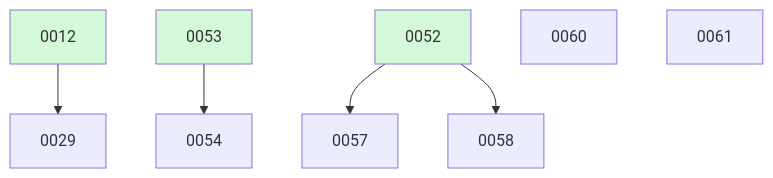
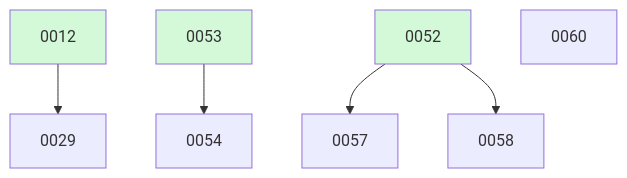
The diagram in docs/changes/BOARD.md (ethanhinson/fuse), drawn with Mermaid before and after one commit. The commit also changed other lines of this file, not shown here.

````diff
--- a/docs/changes/BOARD.md
+++ b/docs/changes/BOARD.md
@@ -26,13 +20,12 @@
 ```mermaid
 graph TD
   0012 --> 0029
   0053 --> 0054
   0052 --> 0057
   0052 --> 0058
   0060
-  0061
   0012:::done
   0052:::done
   0053:::done
   classDef done fill:#d3f9d8;
 ```
````
